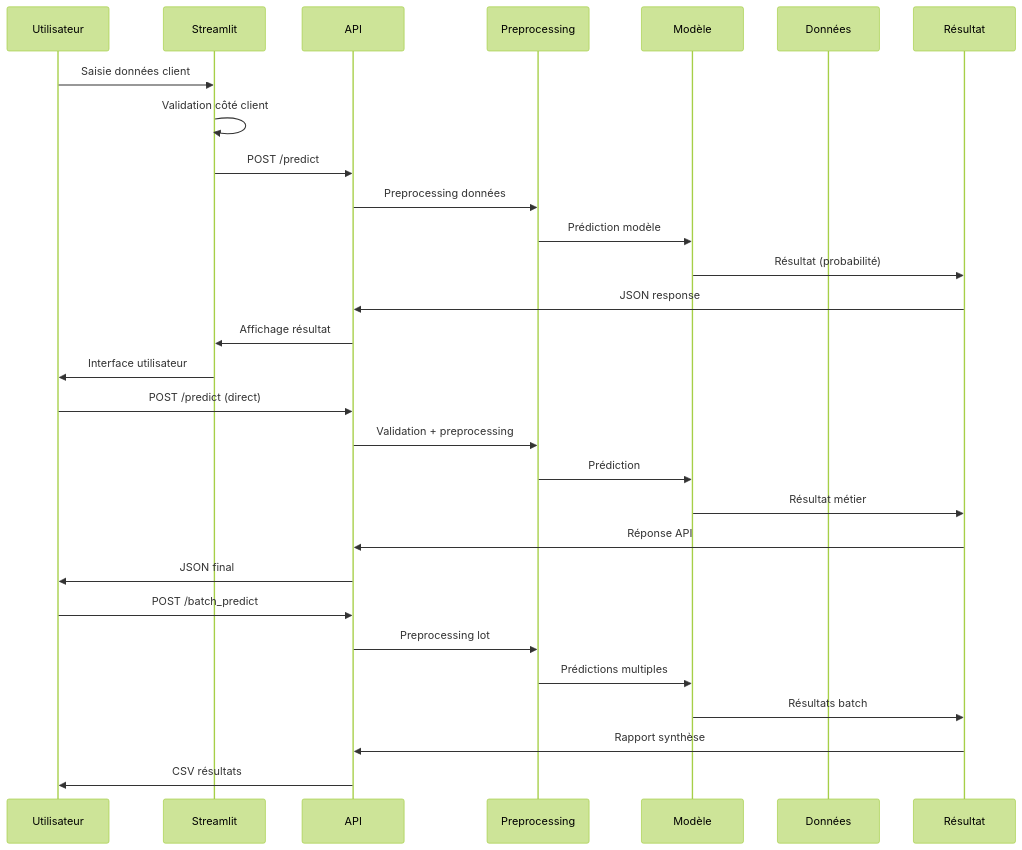
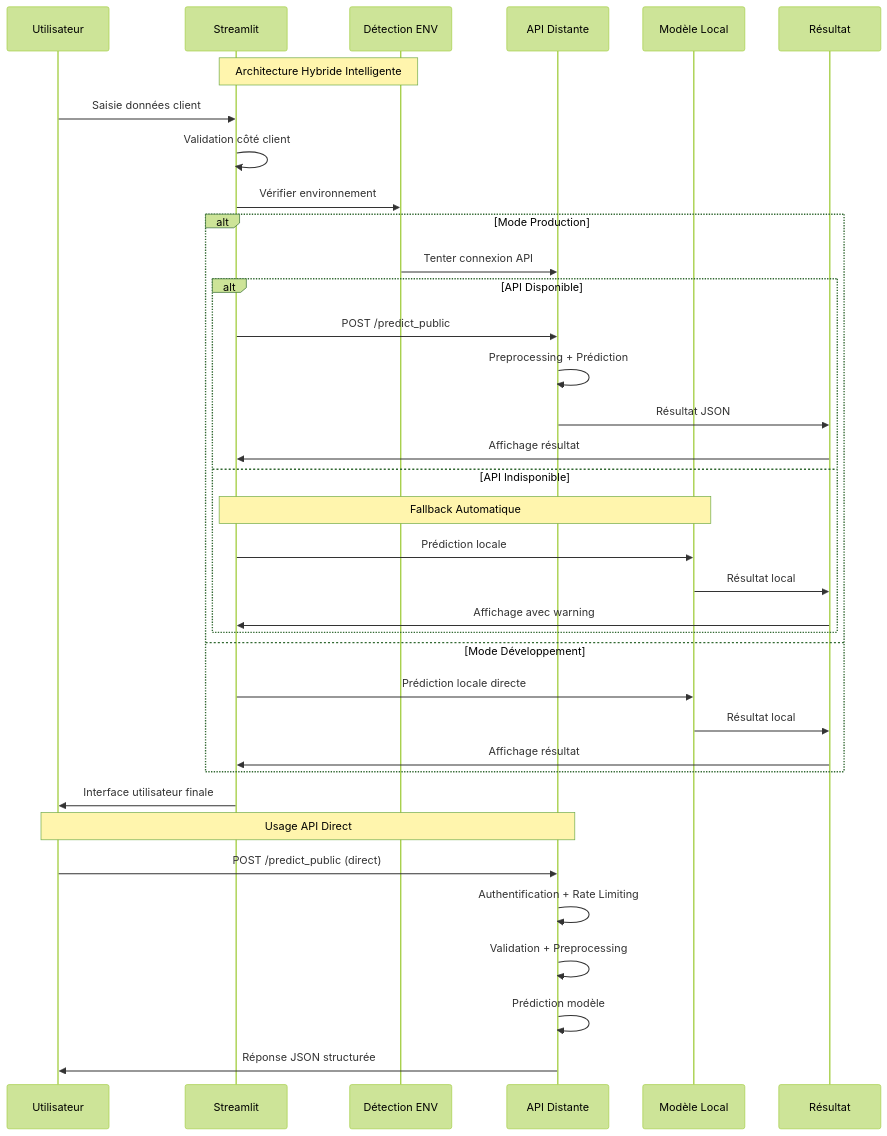
One commit to Vorkel/mn-opc-7025 changed the fifth of 5 diagrams in docs/architecture/ARCHITECTURE.md. Above: the diagram before and after it, drawn with Mermaid (forest theme). The commit also changed other lines of this file and 6 other files, not shown here.

````diff
--- a/docs/architecture/ARCHITECTURE.md
+++ b/docs/architecture/ARCHITECTURE.md
@@ -194,37 +240,45 @@
 ```mermaid
 sequenceDiagram
     participant U as Utilisateur
     participant S as Streamlit
-    participant A as API
-    participant P as Preprocessing
-    participant M as Modèle
-    participant D as Données
+    participant ENV as Détection ENV
+    participant API as API Distante
+    participant ML as Modèle Local
     participant R as Résultat
 
-    %% Flux Streamlit
+    Note over S,ENV: Architecture Hybride Intelligente
+
+    %% Flux principal avec détection
     U->>S: Saisie données client
     S->>S: Validation côté client
-    S->>A: POST /predict
-    A->>P: Preprocessing données
-    P->>M: Prédiction modèle
-    M->>R: Résultat (probabilité)
-    R->>A: JSON response
-    A->>S: Affichage résultat
-    S->>U: Interface utilisateur
+    S->>ENV: Vérifier environnement
 
-    %% Flux API direct
-    U->>A: POST /predict (direct)
-    A->>P: Validation + preprocessing
-    P->>M: Prédiction
-    M->>R: Résultat métier
-    R->>A: Réponse API
-    A->>U: JSON final
+    alt Mode Production
+        ENV->>API: Tenter connexion API
+        alt API Disponible
+            S->>API: POST /predict_public
+            API->>API: Preprocessing + Prédiction
+            API->>R: Résultat JSON
+            R->>S: Affichage résultat
+        else API Indisponible
+            Note over S,ML: Fallback Automatique
+            S->>ML: Prédiction locale
+            ML->>R: Résultat local
+            R->>S: Affichage avec warning
+        end
+    else Mode Développement
+        S->>ML: Prédiction locale directe
+        ML->>R: Résultat local
+        R->>S: Affichage résultat
+    end
 
-    %% Flux batch
-    U->>A: POST /batch_predict
-    A->>P: Preprocessing lot
-    P->>M: Prédictions multiples
-    M->>R: Résultats batch
-    R->>A: Rapport synthèse
-    A->>U: CSV résultats
+    S->>U: Interface utilisateur finale
+
+    %% Flux API direct (externe)
+    Note over U,API: Usage API Direct
+    U->>API: POST /predict_public (direct)
+    API->>API: Authentification + Rate Limiting
+    API->>API: Validation + Preprocessing
+    API->>API: Prédiction modèle
+    API->>U: Réponse JSON structurée
 ```
````
